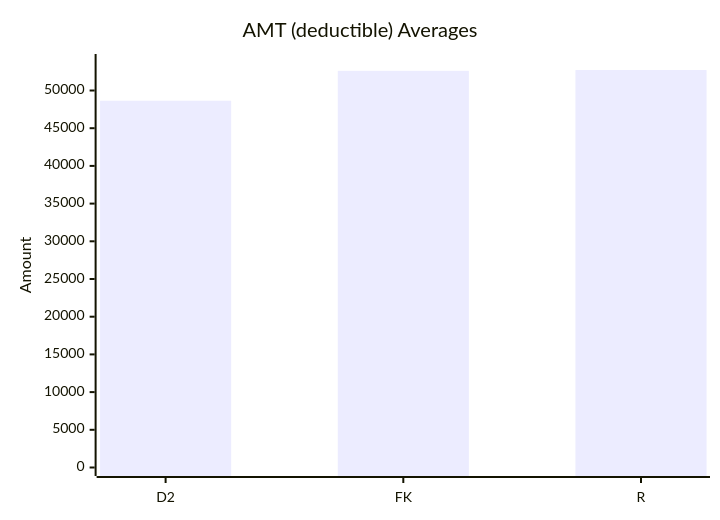
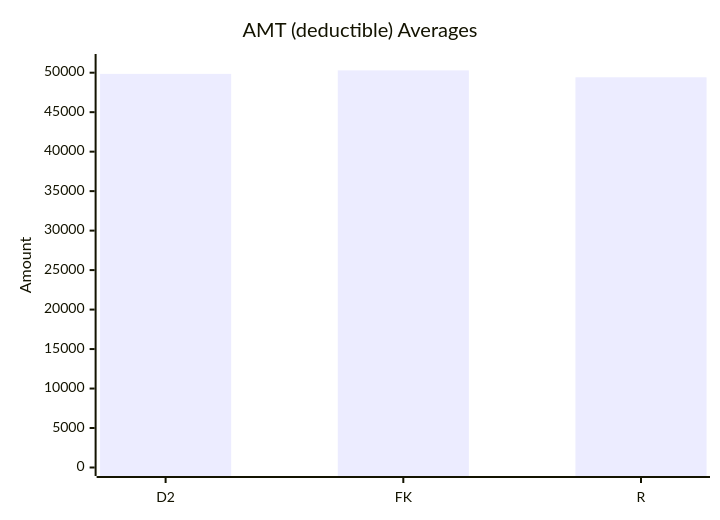
Before and after one commit to dhagan-va/intern-2025: the ninth of 10 diagrams in test-tools/DataGen/src/Statistics_Visualizer.md, drawn with Mermaid. The commit also changed other lines of this file and 2 other files, not shown here.

````diff
--- a/test-tools/DataGen/src/Statistics_Visualizer.md
+++ b/test-tools/DataGen/src/Statistics_Visualizer.md
@@ -96,7 +96,7 @@
 ```mermaid
 xychart-beta
     title "AMT (deductible) Averages"
     x-axis ["D2", "FK", "R"]
-    y-axis "Amount" 0 --> 53713.8785148515
-    bar [48640.78673267327, 52609.03396039604, 52713.8785148515]
+    y-axis "Amount" 0 --> 51291.69823920268
+    bar [49849.246112956804, 50291.69823920268, 49418.41229235879]
 ```
````
